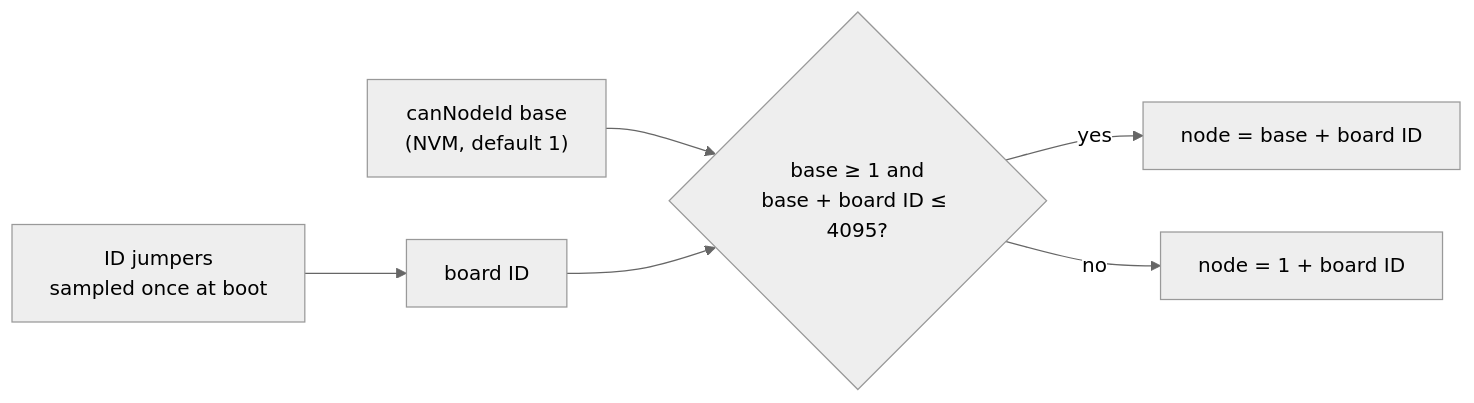
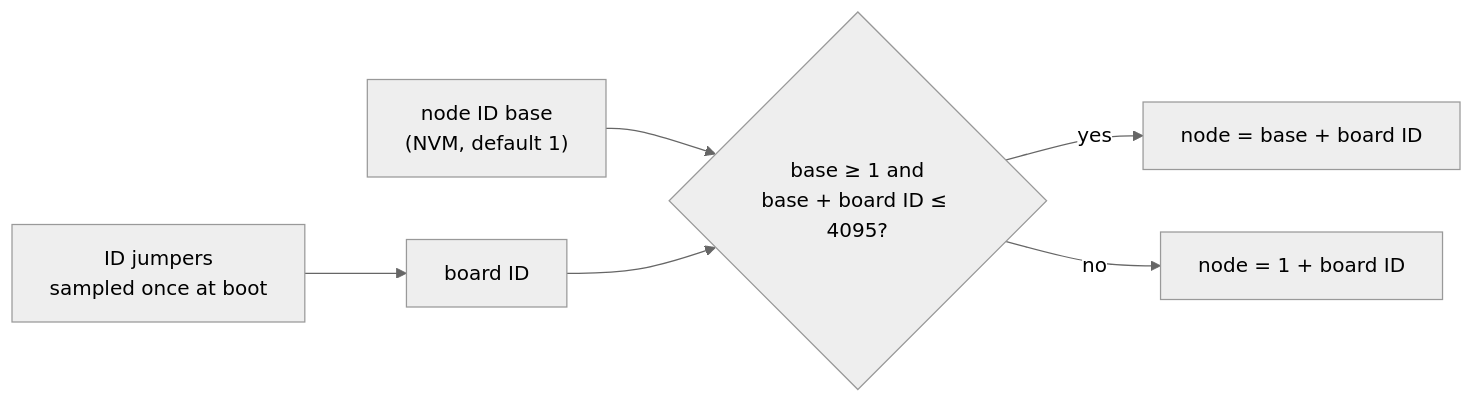
One commit to embedded-pro/e-foc changed the second of 7 diagrams in documentation/design/service-can.md. Above: the diagram before and after it, drawn with Mermaid (neutral theme). The commit also changed other lines of this file and 37 other files, not shown here.

````diff
--- a/documentation/design/service-can.md
+++ b/documentation/design/service-can.md
@@ -217,8 +245,8 @@
 ```mermaid
 flowchart LR
     J["ID jumpers<br/>sampled once at boot"] --> B["board ID"]
-    N["canNodeId base<br/>(NVM, default 1)"] --> V{"base ≥ 1 and<br/>base + board ID ≤ 4095?"}
+    N["node ID base<br/>(NVM, default 1)"] --> V{"base ≥ 1 and<br/>base + board ID ≤ 4095?"}
     B --> V
     V -- yes --> R["node = base + board ID"]
     V -- no --> D["node = 1 + board ID"]
 ```
````
